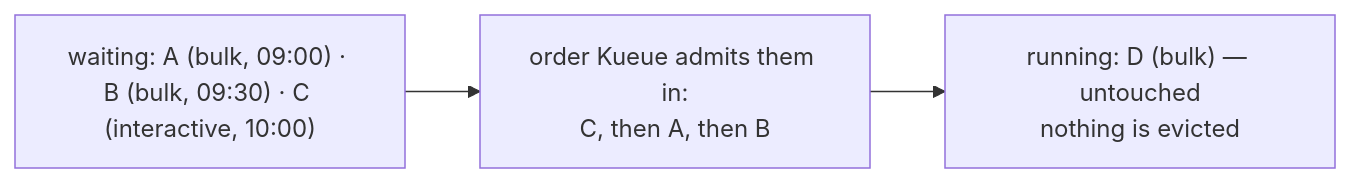
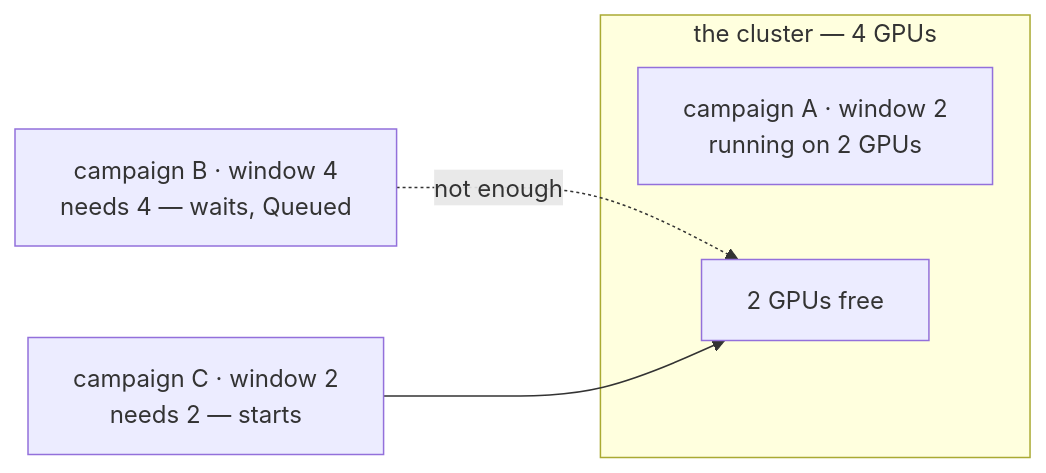
One commit to AI-Riksarkivet/htrflow-batch changed the diagram in docs/slides/assets/part-1-from-one-folder-to-the-archive-10.mmd. Above: the diagram before and after it, drawn with Mermaid. The commit also changed 20 other files, not shown here.

First line of the commit message:
docs(slides): Kueue's wider features, and LocalQueue versus ClusterQueue

```diff
--- a/docs/slides/assets/part-1-from-one-folder-to-the-archive-10.mmd
+++ b/docs/slides/assets/part-1-from-one-folder-to-the-archive-10.mmd
@@ -1,5 +1,9 @@
 flowchart LR
-  Q["waiting: A (bulk, 09:00) · B (bulk, 09:30) · C (interactive, 10:00)"]
-  O["order Kueue admits them in:<br/>C, then A, then B"]
-  R["running: D (bulk) — untouched<br/>nothing is evicted"]
-  Q --> O --> R
+  subgraph CL["the cluster — 4 GPUs"]
+    A["campaign A · window 2<br/>running on 2 GPUs"]
+    FREE["2 GPUs free"]
+  end
+  B["campaign B · window 4<br/>needs 4 — waits, Queued"]
+  C["campaign C · window 2<br/>needs 2 — starts"]
+  B -. "not enough" .-> FREE
+  C --> FREE
```
